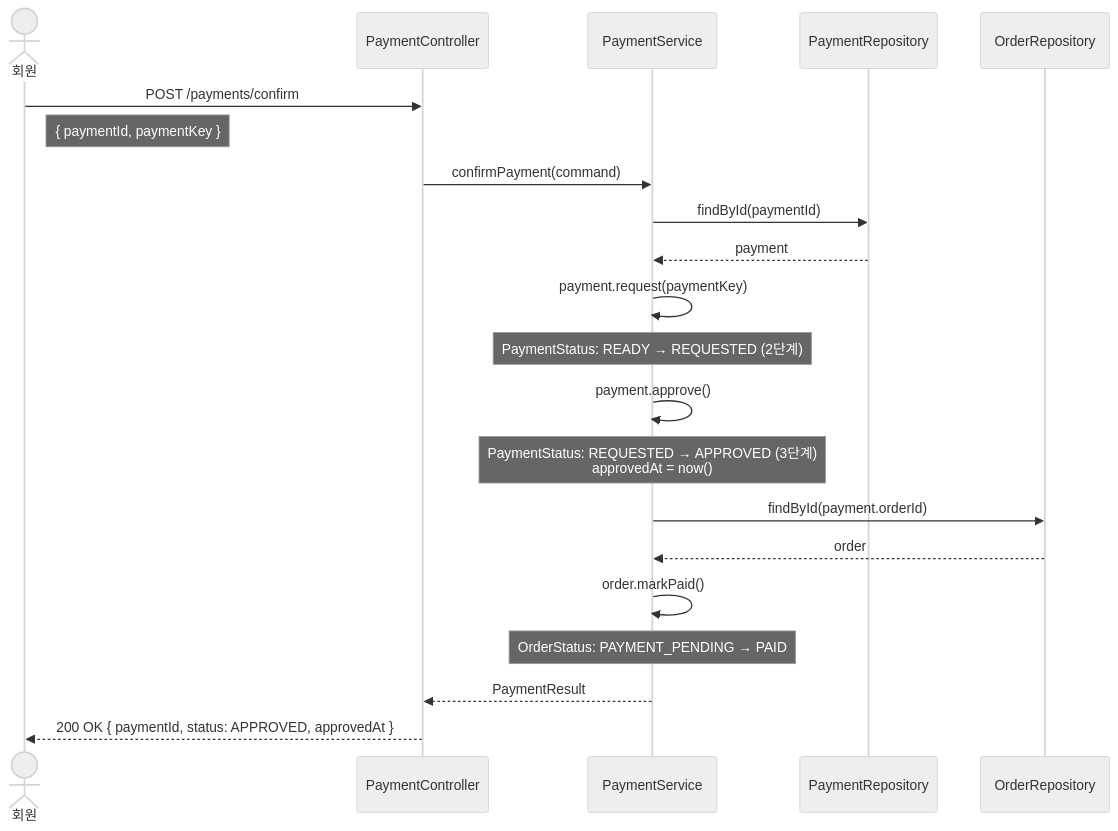
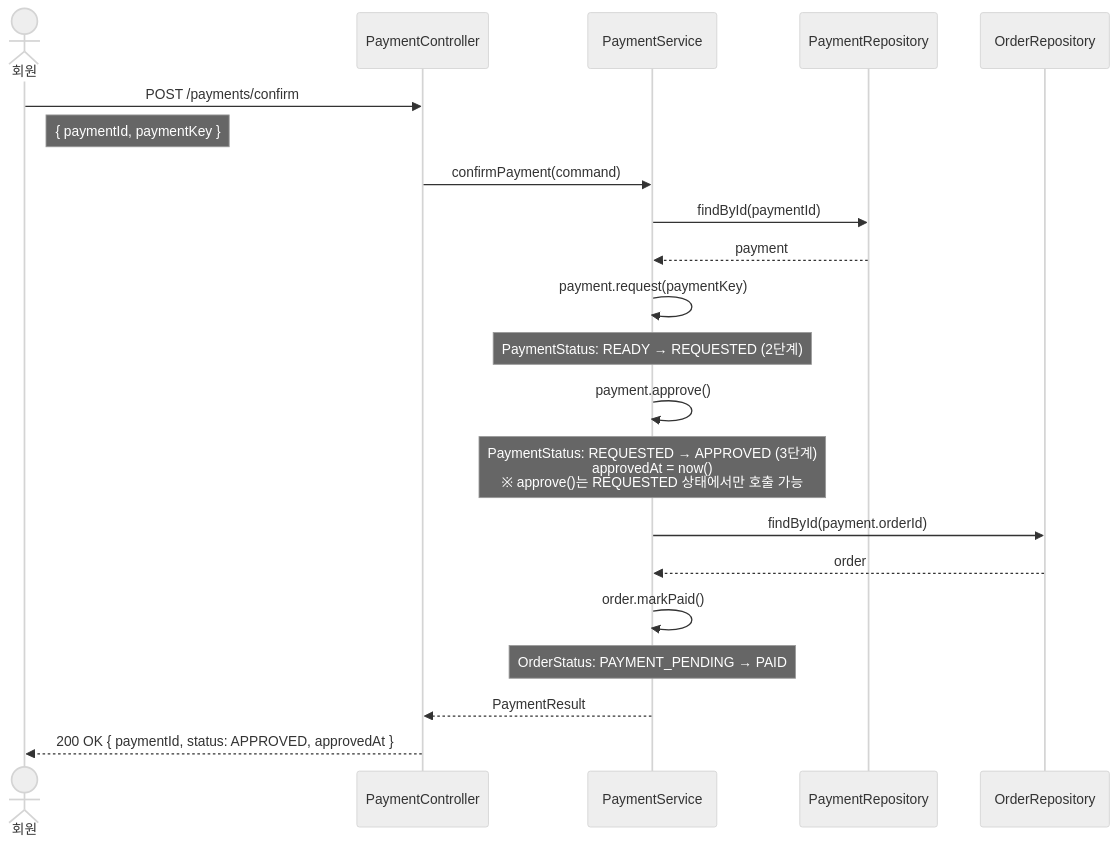
One commit to Hoya517/ai-commerce-platform changed the fifth of 9 diagrams in docs/flow/order-payment-sequence.md. Above: the diagram before and after it, drawn with Mermaid (neutral theme). The commit also changed other lines of this file and 1 other file, not shown here.

First line of the commit message:
docs: update enum-states and order-payment-sequence to reflect current state

````diff
--- a/docs/flow/order-payment-sequence.md
+++ b/docs/flow/order-payment-sequence.md
@@ -173,30 +173,30 @@
 ```mermaid
 sequenceDiagram
     actor 회원
     participant PaymentController
     participant PaymentService
     participant PaymentRepository
     participant OrderRepository
 
     회원->>PaymentController: POST /payments/confirm
     Note right of 회원: { paymentId, paymentKey }
 
     PaymentController->>PaymentService: confirmPayment(command)
     PaymentService->>PaymentRepository: findById(paymentId)
     PaymentRepository-->>PaymentService: payment
 
     PaymentService->>PaymentService: payment.request(paymentKey)
     Note over PaymentService: PaymentStatus: READY → REQUESTED (2단계)
 
     PaymentService->>PaymentService: payment.approve()
-    Note over PaymentService: PaymentStatus: REQUESTED → APPROVED (3단계)<br/>approvedAt = now()
+    Note over PaymentService: PaymentStatus: REQUESTED → APPROVED (3단계)<br/>approvedAt = now()<br/>※ approve()는 REQUESTED 상태에서만 호출 가능
 
     PaymentService->>OrderRepository: findById(payment.orderId)
     OrderRepository-->>PaymentService: order
 
     PaymentService->>PaymentService: order.markPaid()
     Note over PaymentService: OrderStatus: PAYMENT_PENDING → PAID
 
     PaymentService-->>PaymentController: PaymentResult
     PaymentController-->>회원: 200 OK { paymentId, status: APPROVED, approvedAt }
 ```
````
